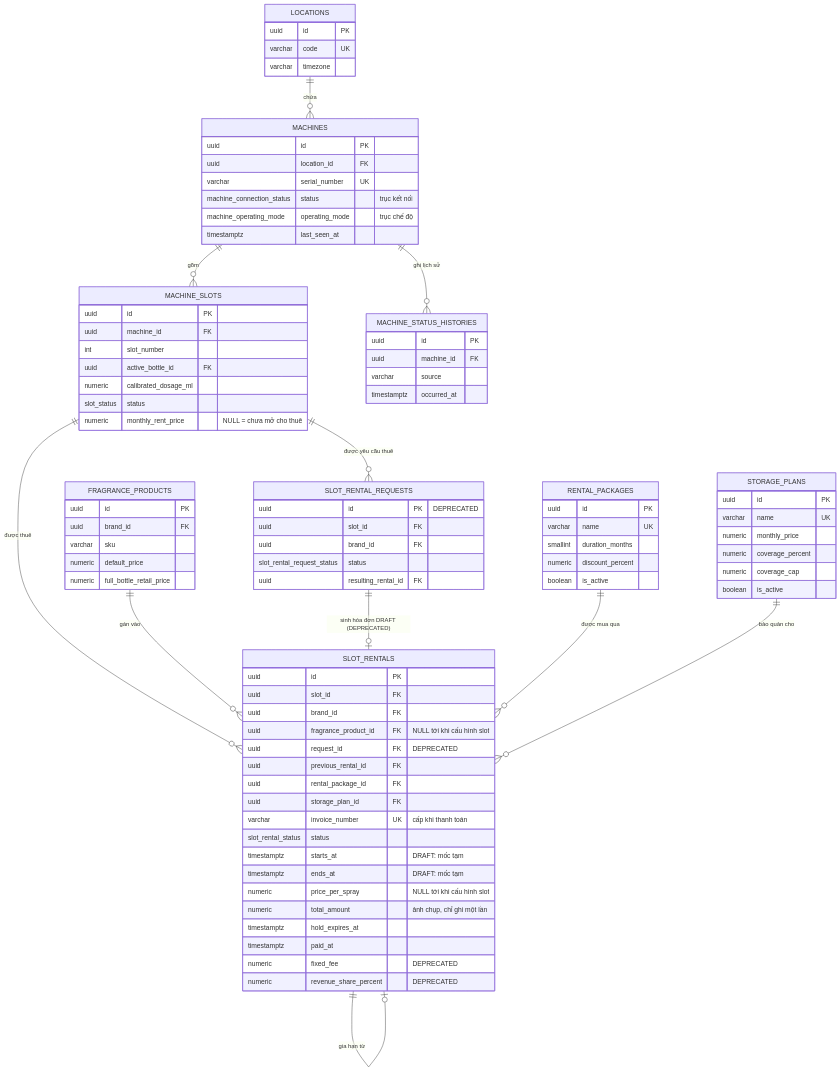
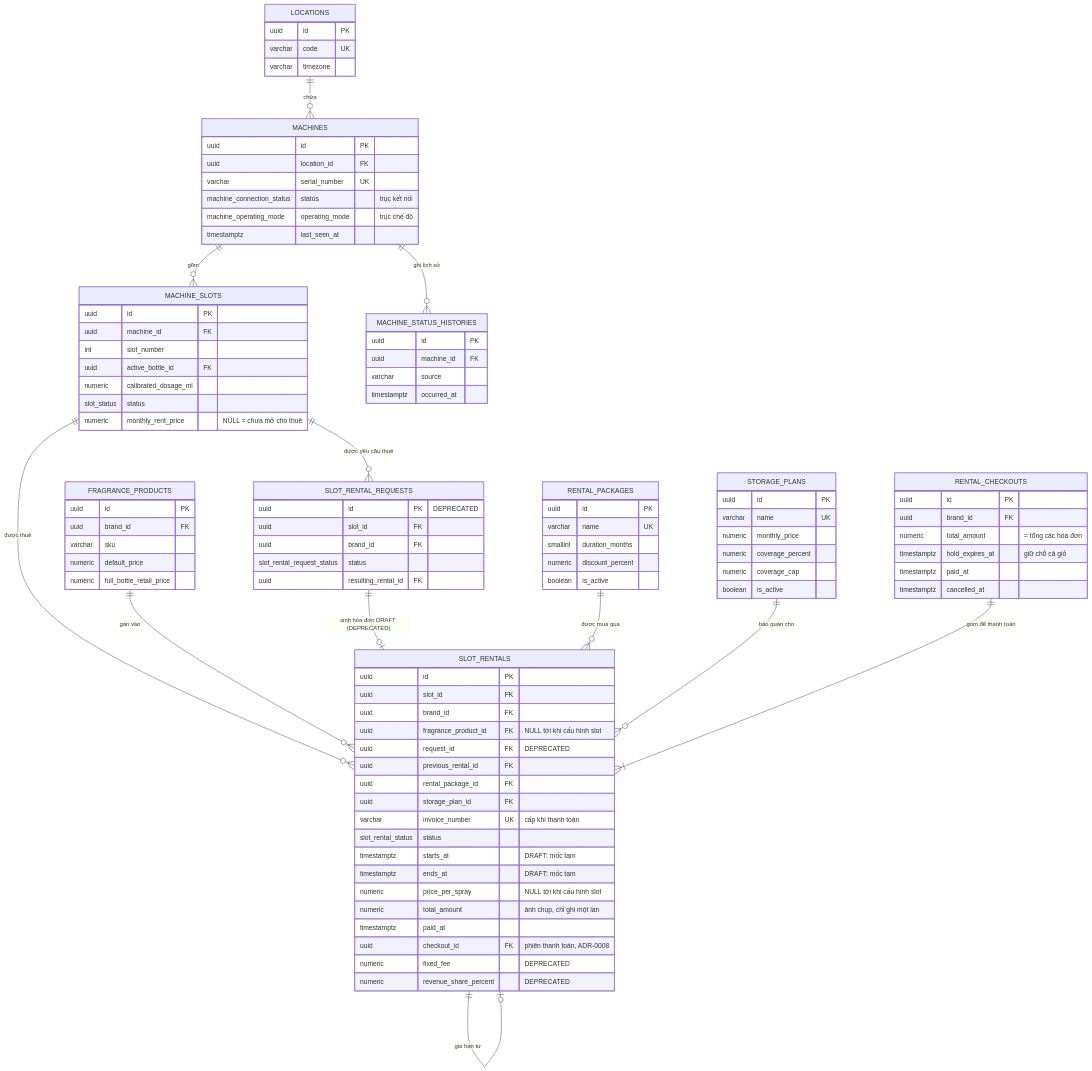
The third of 7 diagrams in spec/contracts/erd.md (nhax-work/Muti-Brand_PerfumeIOT), drawn with Mermaid before and after one commit. The commit also changed other lines of this file and 10 other files, not shown here.

First line of the commit message:
feat(SLT): thanh toán một lần cho nhiều slot bằng phiên thanh toán (ADR-0008)

````diff
--- a/spec/contracts/erd.md
+++ b/spec/contracts/erd.md
@@ -180,10 +183,18 @@
         timestamptz ends_at "DRAFT: mốc tạm"
         numeric price_per_spray "NULL tới khi cấu hình slot"
         numeric total_amount "ảnh chụp, chỉ ghi một lần"
-        timestamptz hold_expires_at
         timestamptz paid_at
+        uuid checkout_id FK "phiên thanh toán, ADR-0008"
         numeric fixed_fee "DEPRECATED"
         numeric revenue_share_percent "DEPRECATED"
+    }
+    RENTAL_CHECKOUTS {
+        uuid id PK
+        uuid brand_id FK
+        numeric total_amount "= tổng các hóa đơn"
+        timestamptz hold_expires_at "giữ chỗ cả giỏ"
+        timestamptz paid_at
+        timestamptz cancelled_at
     }
     RENTAL_PACKAGES {
         uuid id PK
@@ -218,4 +229,5 @@
     SLOT_RENTALS ||--o| SLOT_RENTALS : "gia hạn từ"
     RENTAL_PACKAGES ||--o{ SLOT_RENTALS : "được mua qua"
     STORAGE_PLANS ||--o{ SLOT_RENTALS : "bảo quản cho"
+    RENTAL_CHECKOUTS ||--|{ SLOT_RENTALS : "gom để thanh toán"
 ```
````
